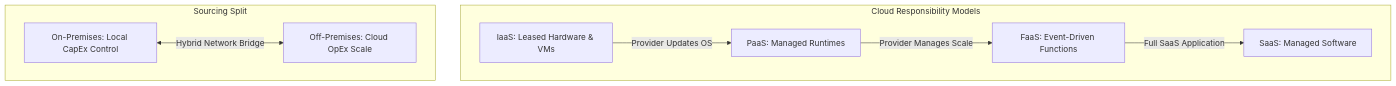
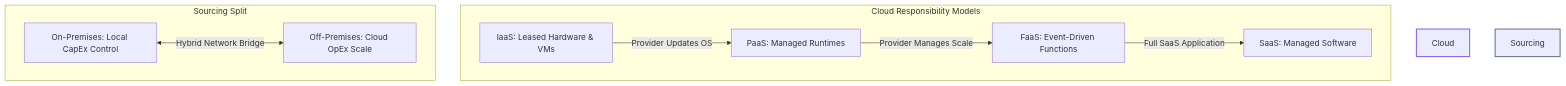
Before and after one commit to bilgenurpala/ai4future: the diagram in docs/04-infra-security/README.md, drawn with Mermaid. The commit also changed other lines of this file and 15 other files, not shown here.

````diff
--- a/docs/04-infra-security/README.md
+++ b/docs/04-infra-security/README.md
@@ -29,11 +58,14 @@
 ```mermaid
 graph TD
     subgraph Cloud Responsibility Models
         IaaS[IaaS: Leased Hardware & VMs] -->|Provider Updates OS| PaaS[PaaS: Managed Runtimes]
         PaaS -->|Provider Manages Scale| FaaS[FaaS: Event-Driven Functions]
         FaaS -->|Full SaaS Application| SaaS[SaaS: Managed Software]
     end
     subgraph Sourcing Split
         OnPrem[On-Premises: Local CapEx Control] <-->|Hybrid Network Bridge| OffPrem[Off-Premises: Cloud OpEx Scale]
     end
+
+    style Cloud Responsibility Models fill:#151c24,stroke:#8b5cf6,stroke-width:2px;
+    style Sourcing Split fill:#1b1b1b,stroke:#6b7280,stroke-width:2px;
 ```
````
